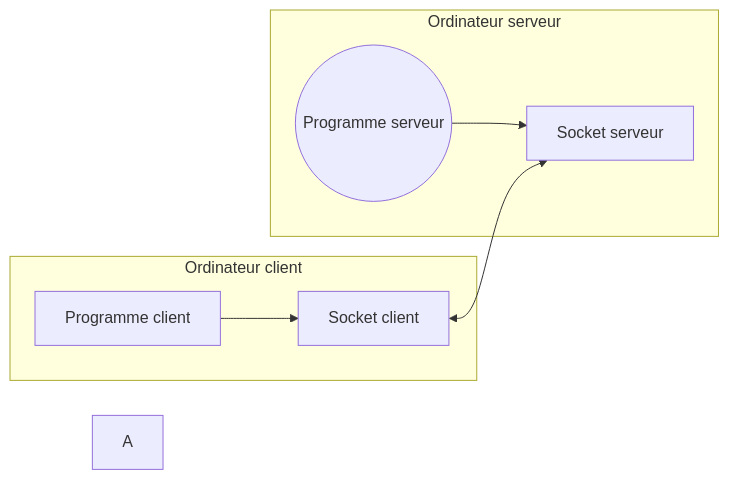
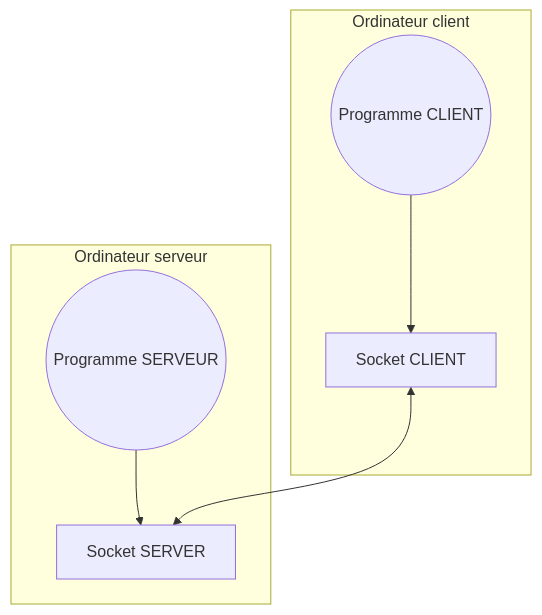
The first of 2 diagrams in Langage C/7. Socket TCP/socket_tcp.md (CHAOUCHI/parcours_cda), drawn with Mermaid before and after one commit. The commit also changed other lines of this file and 2 other files, not shown here.

````diff
--- a/Langage C/7. Socket TCP/socket_tcp.md
+++ b/Langage C/7. Socket TCP/socket_tcp.md
@@ -8,23 +7,21 @@
 ```mermaid
-flowchart LR
-    A@{shape:cyl}
-    
-    p_client[Programme client]
-    p_server((Programme serveur))
-    s_client[Socket client]
-    s_server[Socket serveur]
+flowchart
+    p_client((Programme CLIENT))
+    p_server((Programme SERVEUR))
+    s_client[Socket CLIENT]
+    s_server[Socket SERVER]
 
     subgraph Ordinateur client
     p_client
     s_client
     end
 
     subgraph Ordinateur serveur
     p_server
     s_server
     end
 
     p_client-->s_client
     p_server-->s_server
     s_client<-->s_server
 ```
````
